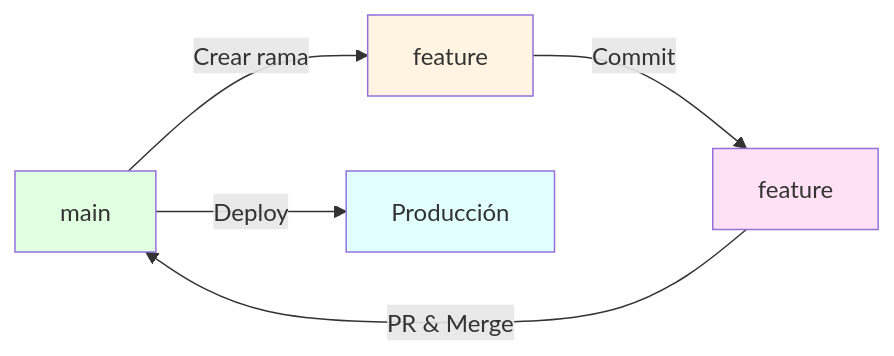
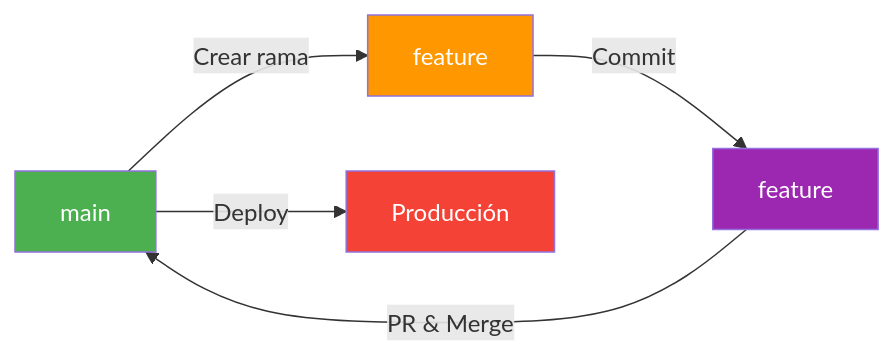
Diagram 14 of 17 in 02-git-avanzado.md (joseluisgs/EntornosDesarrollo-03-2026-2027), drawn with Mermaid before and after one commit. The commit also changed other lines of this file and 5 other files, not shown here.

````diff
--- a/02-git-avanzado.md
+++ b/02-git-avanzado.md
@@ -451,12 +681,12 @@
 ```mermaid
 graph LR
     A[main] -->|Crear rama| B[feature]
     B -->|Commit| C[feature]
     C -->|PR & Merge| A
     A -->|Deploy| D[Producción]
     
-    style A fill:#e1ffe1
-    style B fill:#fff4e1
-    style C fill:#ffe1f5
-    style D fill:#e1ffff
+    style A fill:#4CAF50,color:#fff
+    style B fill:#FF9800,color:#fff
+    style C fill:#9C27B0,color:#fff
+    style D fill:#f44336,color:#fff
 ```
````
